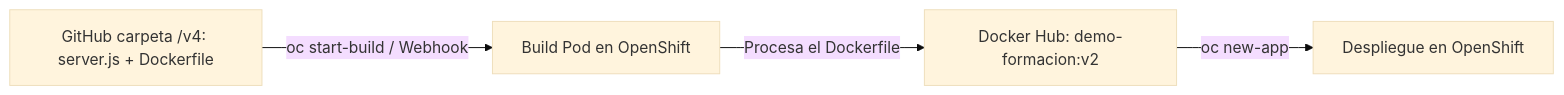
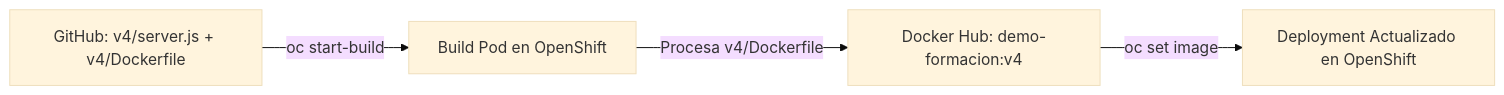
The sixth of 6 diagrams in docs/sesion4/4.5 Construir en la plataforma.md (ieftraining/curso-openshift), drawn with Mermaid (base theme) before and after one commit. The commit also changed other lines of this file, not shown here.

````diff
--- a/docs/sesion4/4.5 Construir en la plataforma.md
+++ b/docs/sesion4/4.5 Construir en la plataforma.md
@@ -188,6 +188,6 @@
 ```mermaid
 flowchart LR
-    A[GitHub carpeta /v4: server.js + Dockerfile] -->|oc start-build / Webhook| B[Build Pod en OpenShift]
-    B -->|Procesa el Dockerfile| C[Docker Hub: demo-formacion:v2]
-    C -->|oc new-app| D[Despliegue en OpenShift]
+    A[GitHub: v4/server.js + v4/Dockerfile] -->|oc start-build| B[Build Pod en OpenShift]
+    B -->|Procesa v4/Dockerfile| C[Docker Hub: demo-formacion:v4]
+    C -->|oc set image| D[Deployment Actualizado en OpenShift]
 ```
````
